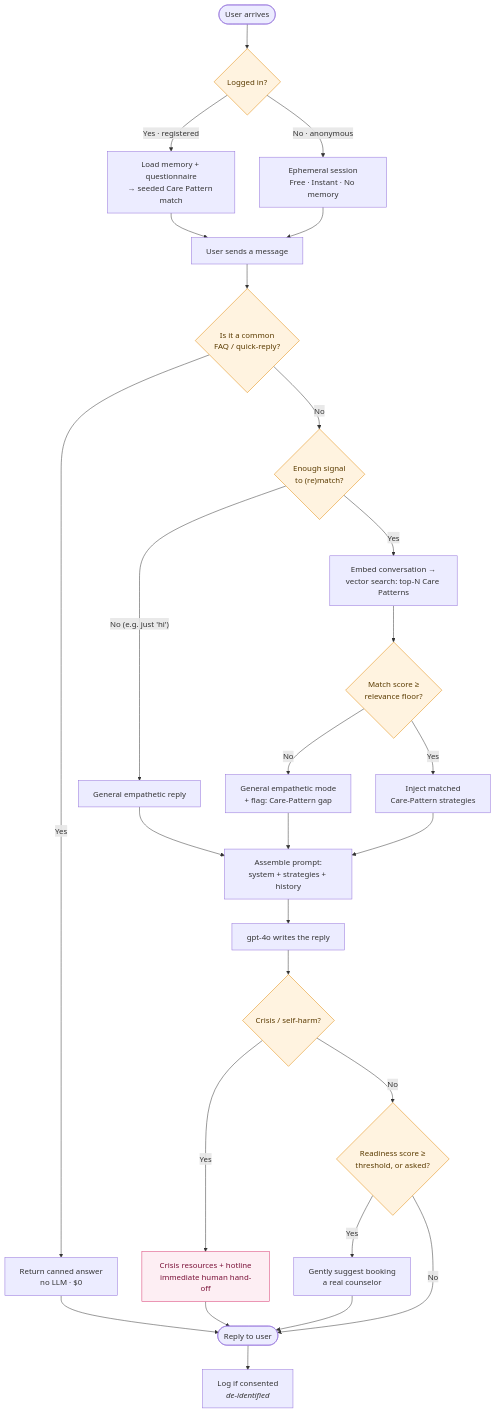
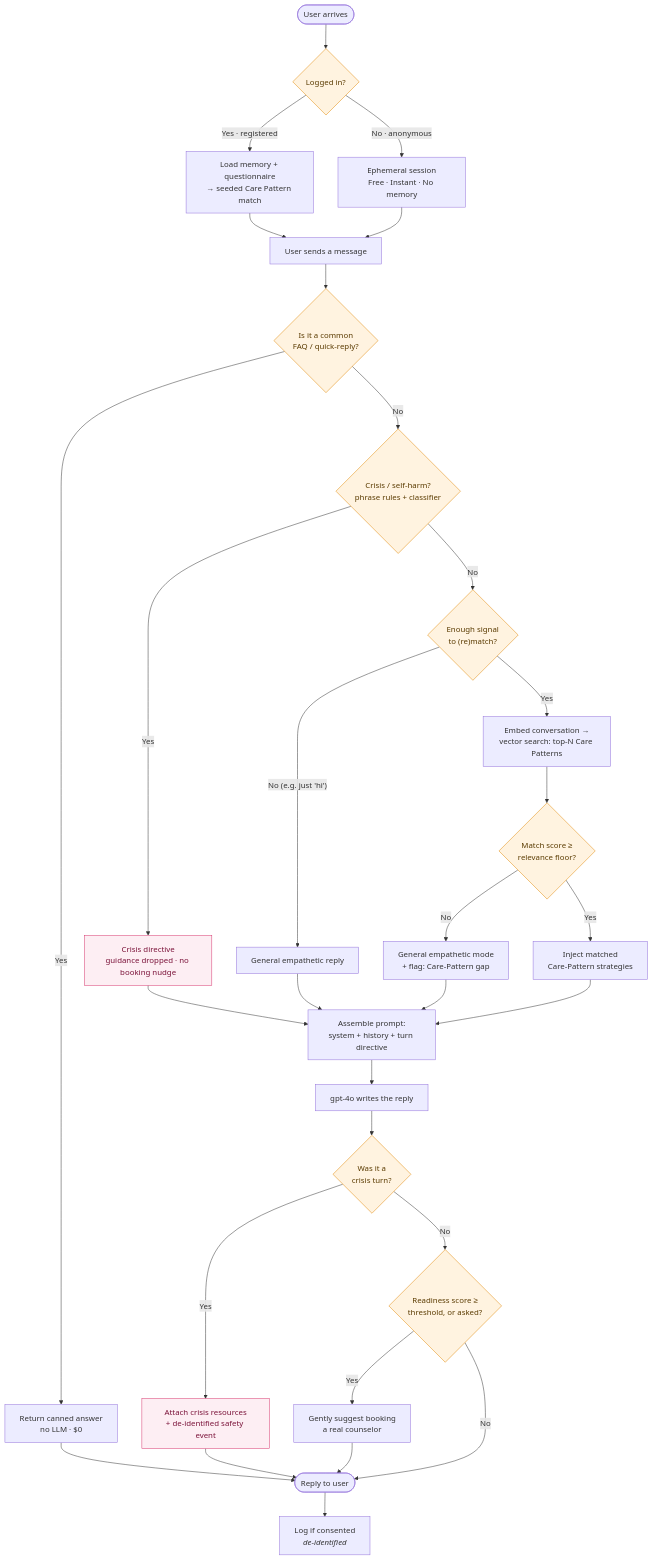
Before and after one commit to Jing-Qu-jq/inner-sun: the second of 3 diagrams in docs/ARCHITECTURE.md, drawn with Mermaid. The commit also changed other lines of this file and 25 other files, not shown here.

First line of the commit message:
feat(api,web): Phase 1 · Feature 9 — Safety / crisis detection (#20)

````diff
--- a/docs/ARCHITECTURE.md
+++ b/docs/ARCHITECTURE.md
@@ -106,39 +106,42 @@
 ```mermaid
 flowchart TD
     Start(["User arrives"]) --> Q1{"Logged in?"}
     Q1 -->|"Yes · registered"| Reg["Load memory + questionnaire<br/>→ seeded Care Pattern match"]
     Q1 -->|"No · anonymous"| Anon["Ephemeral session<br/>Free · Instant · No memory"]
     Reg --> Chat["User sends a message"]
     Anon --> Chat
 
     Chat --> FAQ{"Is it a common<br/>FAQ / quick-reply?"}
     FAQ -->|"Yes"| Canned["Return canned answer<br/>no LLM · $0"]
-    FAQ -->|"No"| Signal{"Enough signal<br/>to (re)match?"}
+    FAQ -->|"No"| SafetyChk{"Crisis / self-harm?<br/>phrase rules + classifier"}
+    SafetyChk -->|"Yes"| Crisis["Crisis directive<br/>guidance dropped · no booking nudge"]
+    SafetyChk -->|"No"| Signal{"Enough signal<br/>to (re)match?"}
 
     Signal -->|"No (e.g. just 'hi')"| GeneralEarly["General empathetic reply"]
     Signal -->|"Yes"| Retrieve["Embed conversation →<br/>vector search: top-N Care Patterns"]
     Retrieve --> Floor{"Match score ≥<br/>relevance floor?"}
     Floor -->|"No"| General["General empathetic mode<br/>+ flag: Care-Pattern gap"]
     Floor -->|"Yes"| Strat["Inject matched<br/>Care-Pattern strategies"]
 
     GeneralEarly --> Build
     General --> Build
-    Strat --> Build["Assemble prompt:<br/>system + strategies + history"]
+    Strat --> Build["Assemble prompt:<br/>system + history + turn directive"]
+    Crisis --> Build
     Build --> Gen["gpt-4o writes the reply"]
 
-    Gen --> SafetyChk{"Crisis / self-harm?"}
-    SafetyChk -->|"Yes"| Crisis["Crisis resources + hotline<br/>immediate human hand-off"]
-    SafetyChk -->|"No"| NudgeChk{"Readiness score ≥<br/>threshold, or asked?"}
+    Gen --> CrisisOut{"Was it a<br/>crisis turn?"}
+    CrisisOut -->|"Yes"| Res["Attach crisis resources<br/>+ de-identified safety event"]
+    CrisisOut -->|"No"| NudgeChk{"Readiness score ≥<br/>threshold, or asked?"}
     NudgeChk -->|"Yes"| Nudge["Gently suggest booking<br/>a real counselor"]
     NudgeChk -->|"No"| Reply
 
-    Crisis --> Reply(["Reply to user"])
+    Res --> Reply(["Reply to user"])
     Nudge --> Reply
     Canned --> Reply
     Reply --> LogStep["Log if consented<br/><i>de-identified</i>"]
 
     classDef decision fill:#fff3e0,stroke:#e08600,color:#5a3b00;
     classDef danger fill:#fdeef3,stroke:#d6336c,color:#7a1138;
-    class Q1,FAQ,Signal,Floor,SafetyChk,NudgeChk decision;
-    class Crisis danger;
+    class Q1,FAQ,Signal,Floor,SafetyChk,NudgeChk,CrisisOut decision;
+    class Crisis,Res danger;
 ```
````
